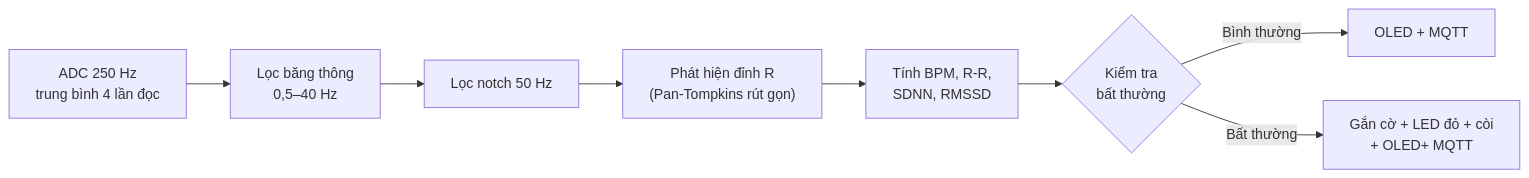
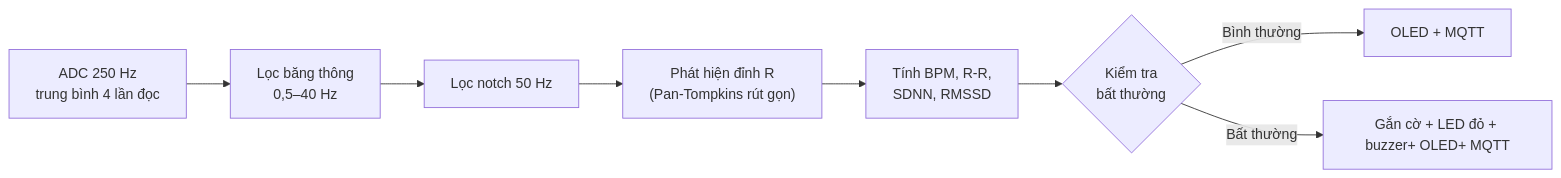
Before and after one commit to HaVietAnh2255/esp32-ad8232-ecg-monitor: the second of 2 diagrams in README.md, drawn with Mermaid.

Commit message:
README.md

````diff
--- a/README.md
+++ b/README.md
@@ -89,10 +89,10 @@
 ```mermaid
 flowchart LR
     A["ADC 250 Hz<br/>trung bình 4 lần đọc"] --> B["Lọc băng thông<br/>0,5–40 Hz"]
     B --> C["Lọc notch 50 Hz"]
     C --> D["Phát hiện đỉnh R<br/>(Pan-Tompkins rút gọn)"]
     D --> F["Tính BPM, R-R,<br/>SDNN, RMSSD"]
     F --> G{"Kiểm tra<br/>bất thường"}
     G -- "Bình thường" --> H["OLED + MQTT"]
-    G -- "Bất thường" --> I["Gắn cờ + LED đỏ + còi<br/>+ OLED+ MQTT"]
+    G -- "Bất thường" --> I["Gắn cờ + LED đỏ + buzzer+ OLED+ MQTT"]
 ```
````
